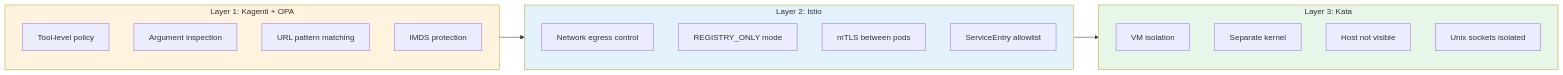
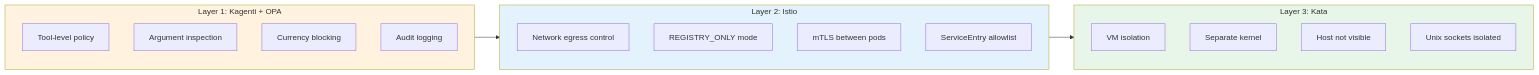
One commit to rrbanda/agent-sandbox-ocp changed the third of 3 diagrams in docs/architecture.md. Above: the diagram before and after it, drawn with Mermaid. The commit also changed other lines of this file and 16 other files, not shown here.

````diff
--- a/docs/architecture.md
+++ b/docs/architecture.md
@@ -101,32 +105,32 @@
 ```mermaid
 flowchart LR
     subgraph Layer1["Layer 1: Kagenti + OPA"]
         direction TB
         L1A["Tool-level policy"]
         L1B["Argument inspection"]
-        L1C["URL pattern matching"]
-        L1D["IMDS protection"]
+        L1C["Currency blocking"]
+        L1D["Audit logging"]
     end
 
     subgraph Layer2["Layer 2: Istio"]
         direction TB
         L2A["Network egress control"]
         L2B["REGISTRY_ONLY mode"]
         L2C["mTLS between pods"]
         L2D["ServiceEntry allowlist"]
     end
 
     subgraph Layer3["Layer 3: Kata"]
         direction TB
         L3A["VM isolation"]
         L3B["Separate kernel"]
         L3C["Host not visible"]
         L3D["Unix sockets isolated"]
     end
 
     Layer1 --> Layer2 --> Layer3
 
     style Layer1 fill:#fff3e0
     style Layer2 fill:#e3f2fd
     style Layer3 fill:#e8f5e9
 ```
````
